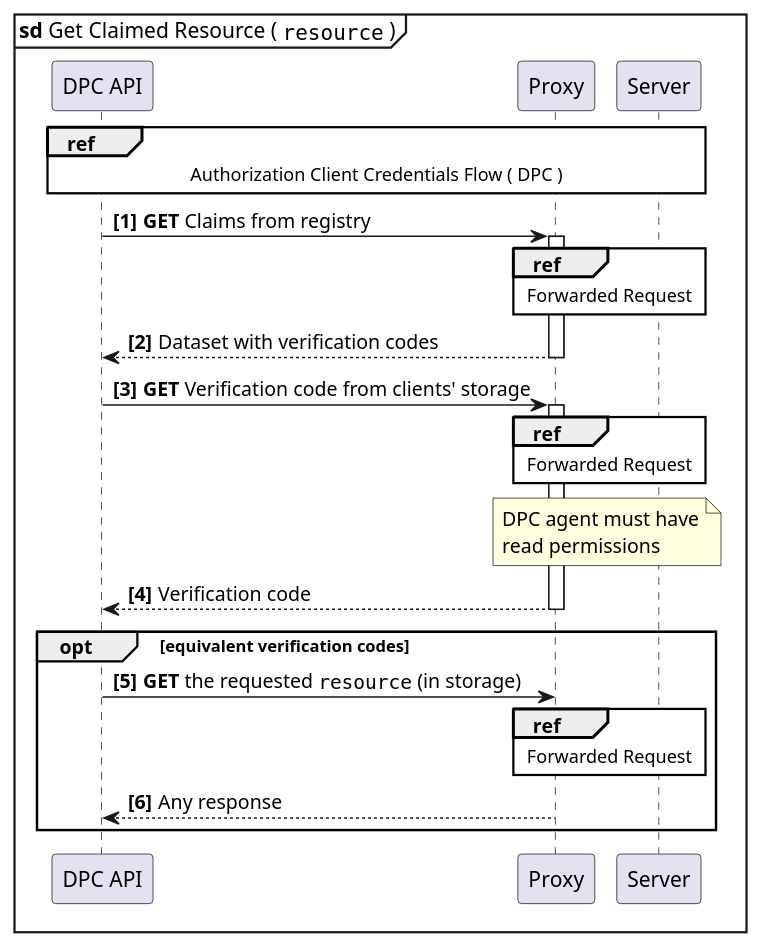
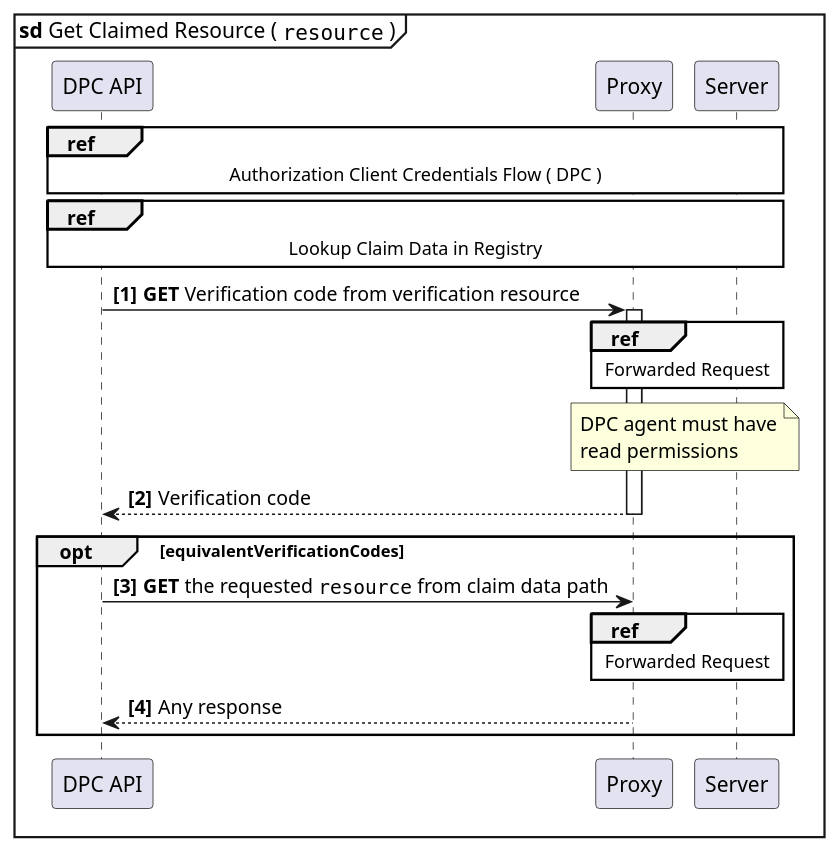
The diagram in docs/resources/diagrams/sd_Get_claimed_resource.puml (guddii/SEACT), drawn with PlantUML before and after one commit. The commit also changed 71 other files, not shown here.

```diff
--- a/docs/resources/diagrams/sd_Get_claimed_resource.puml
+++ b/docs/resources/diagrams/sd_Get_claimed_resource.puml
@@ -1,31 +1,30 @@
 @startuml
 'https://plantuml.com/sequence-diagram
 
 skinparam sequenceReferenceBackgroundColor white
 
 mainframe **sd** Get Claimed Resource ( ""resource"" )
 autonumber 1 1 "<b>[0]"
 
 participant "DPC API" as DPC_API
 participant "Proxy" as Proxy
 participant "Server" as Server
 
 ref over DPC_API,Proxy,Server           : Authorization Client Credentials Flow ( DPC )
-DPC_API     ->  Proxy                ++  : **GET** Claims from registry
-ref over Proxy, Server                  : Forwarded Request
-DPC_API     <-- Proxy                --  : Dataset with verification codes
+ref over DPC_API,Proxy,Server           : Lookup Claim Data in Registry
 
-DPC_API     ->  Proxy                ++  : **GET** Verification code from clients' storage
+
+DPC_API     ->  Proxy                ++  : **GET** Verification code from verification resource
 ref over Proxy, Server                  : Forwarded Request
 note over Proxy, Server
 DPC agent must have
 read permissions
 end note
 DPC_API     <-- Proxy                --  : Verification code
 
-opt equivalent verification codes
-DPC_API     ->  Proxy                 : **GET** the requested ""resource"" (in storage)
+opt equivalentVerificationCodes
+DPC_API     ->  Proxy                 : **GET** the requested ""resource"" from claim data path
 ref over Proxy, Server                  : Forwarded Request
 DPC_API     <-- Proxy                 : Any response
 end
 @enduml
```
